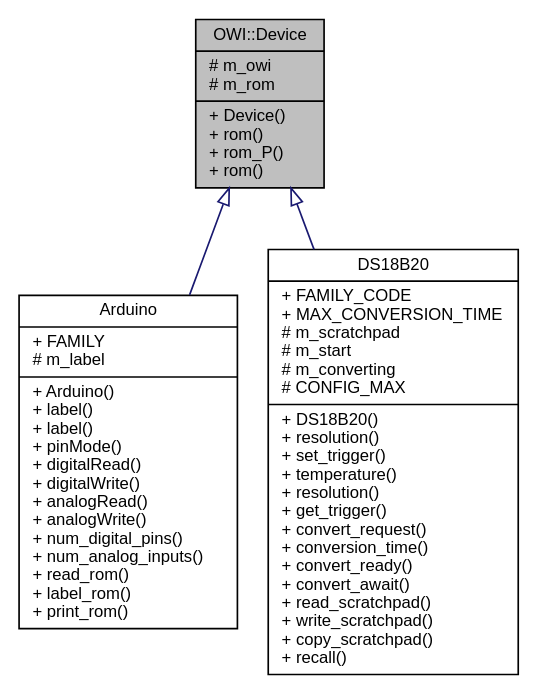
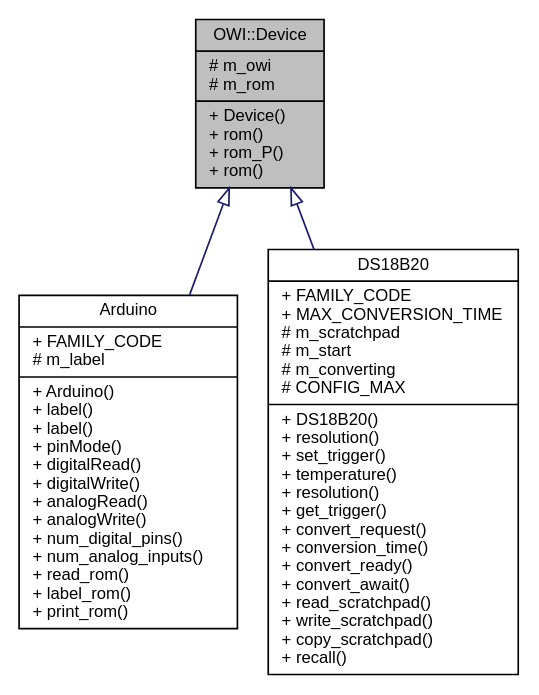
Before and after one commit to mikaelpatel/mikaelpatel.github.io: the diagram in Arduino-OWI/d7/db8/classOWI_1_1Device__inherit__graph.dot, drawn with Graphviz. The commit also changed 174 other files, not shown here.

```diff
--- a/Arduino-OWI/d7/db8/classOWI_1_1Device__inherit__graph.dot
+++ b/Arduino-OWI/d7/db8/classOWI_1_1Device__inherit__graph.dot
@@ -1,10 +1,10 @@
 digraph "OWI::Device"
 {
   edge [fontname="Helvetica",fontsize="10",labelfontname="Helvetica",labelfontsize="10"];
   node [fontname="Helvetica",fontsize="10",shape=record];
   Node1 [label="{OWI::Device\n|# m_owi\l# m_rom\l|+ Device()\l+ rom()\l+ rom_P()\l+ rom()\l}",height=0.2,width=0.4,color="black", fillcolor="grey75", style="filled", fontcolor="black"];
   Node1 -> Node2 [dir="back",color="midnightblue",fontsize="10",style="solid",arrowtail="onormal",fontname="Helvetica"];
-  Node2 [label="{Arduino\n|+ FAMILY\l# m_label\l|+ Arduino()\l+ label()\l+ label()\l+ pinMode()\l+ digitalRead()\l+ digitalWrite()\l+ analogRead()\l+ analogWrite()\l+ num_digital_pins()\l+ num_analog_inputs()\l+ read_rom()\l+ label_rom()\l+ print_rom()\l}",height=0.2,width=0.4,color="black", fillcolor="white", style="filled",URL="$d7/d7d/classArduino.html"];
+  Node2 [label="{Arduino\n|+ FAMILY_CODE\l# m_label\l|+ Arduino()\l+ label()\l+ label()\l+ pinMode()\l+ digitalRead()\l+ digitalWrite()\l+ analogRead()\l+ analogWrite()\l+ num_digital_pins()\l+ num_analog_inputs()\l+ read_rom()\l+ label_rom()\l+ print_rom()\l}",height=0.2,width=0.4,color="black", fillcolor="white", style="filled",URL="$d7/d7d/classArduino.html"];
   Node1 -> Node3 [dir="back",color="midnightblue",fontsize="10",style="solid",arrowtail="onormal",fontname="Helvetica"];
   Node3 [label="{DS18B20\n|+ FAMILY_CODE\l+ MAX_CONVERSION_TIME\l# m_scratchpad\l# m_start\l# m_converting\l# CONFIG_MAX\l|+ DS18B20()\l+ resolution()\l+ set_trigger()\l+ temperature()\l+ resolution()\l+ get_trigger()\l+ convert_request()\l+ conversion_time()\l+ convert_ready()\l+ convert_await()\l+ read_scratchpad()\l+ write_scratchpad()\l+ copy_scratchpad()\l+ recall()\l}",height=0.2,width=0.4,color="black", fillcolor="white", style="filled",URL="$da/dc6/classDS18B20.html"];
 }
```
